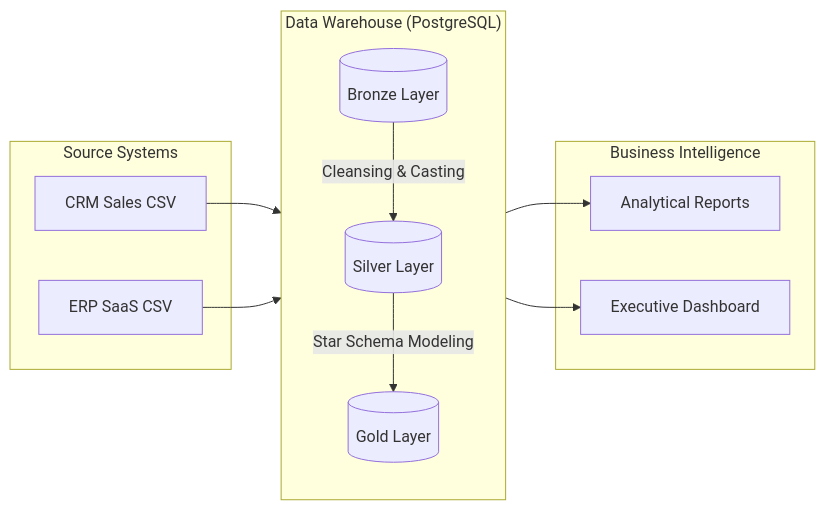
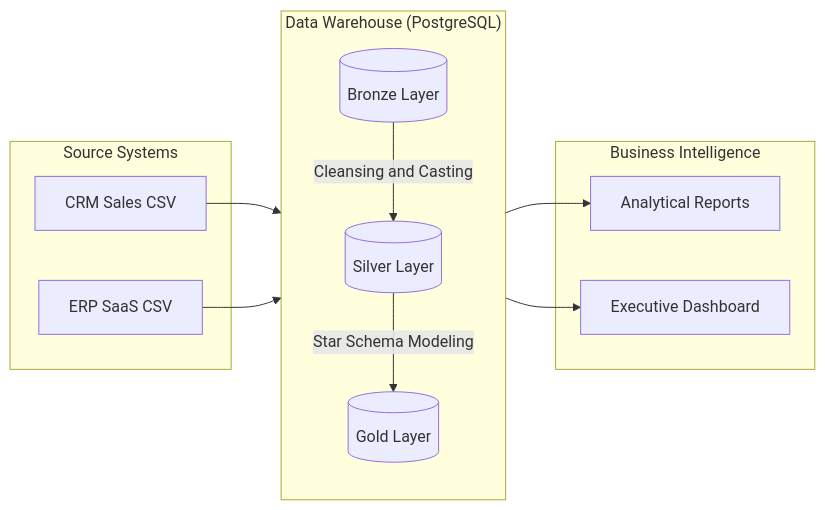
The first of 2 diagrams in README.md (NguyenThuan-data/SQL-data-warehouse-project), drawn with Mermaid before and after one commit. The commit also changed other lines of this file, not shown here.

````diff
--- a/README.md
+++ b/README.md
@@ -15,23 +58,23 @@
 ```mermaid
 graph LR
     subgraph "Source Systems"
         A[CRM Sales CSV]
         B[ERP SaaS CSV]
     end
 
     subgraph "Data Warehouse (PostgreSQL)"
         direction TB
-        C[(Bronze Layer)] -->|Cleansing & Casting| D[(Silver Layer)]
+        C[(Bronze Layer)] -->|Cleansing and Casting| D[(Silver Layer)]
         D -->|Star Schema Modeling| E[(Gold Layer)]
     end
 
     subgraph "Business Intelligence"
         F[Analytical Reports]
         G[Executive Dashboard]
     end
 
     A --> C
     B --> C
     E --> F
     E --> G
 ```
````
